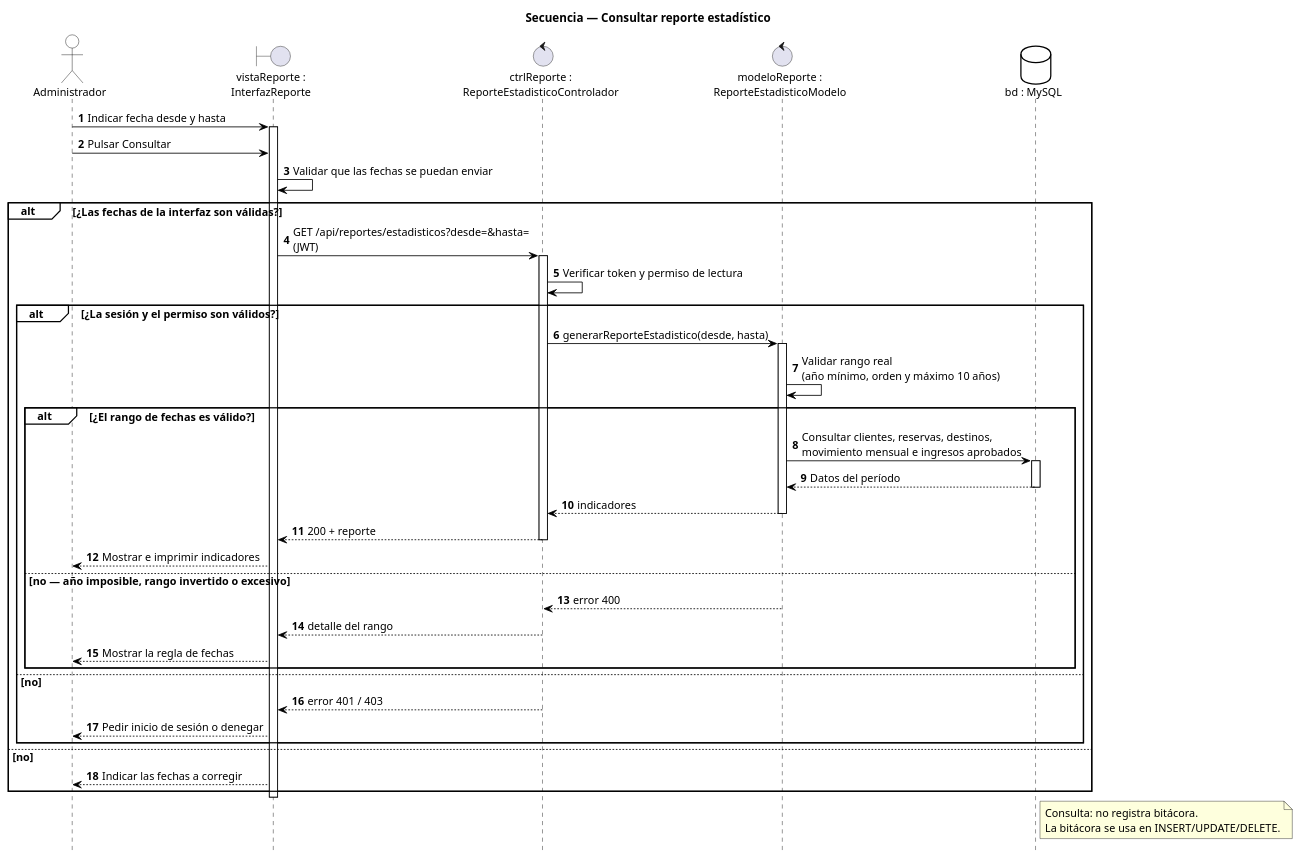
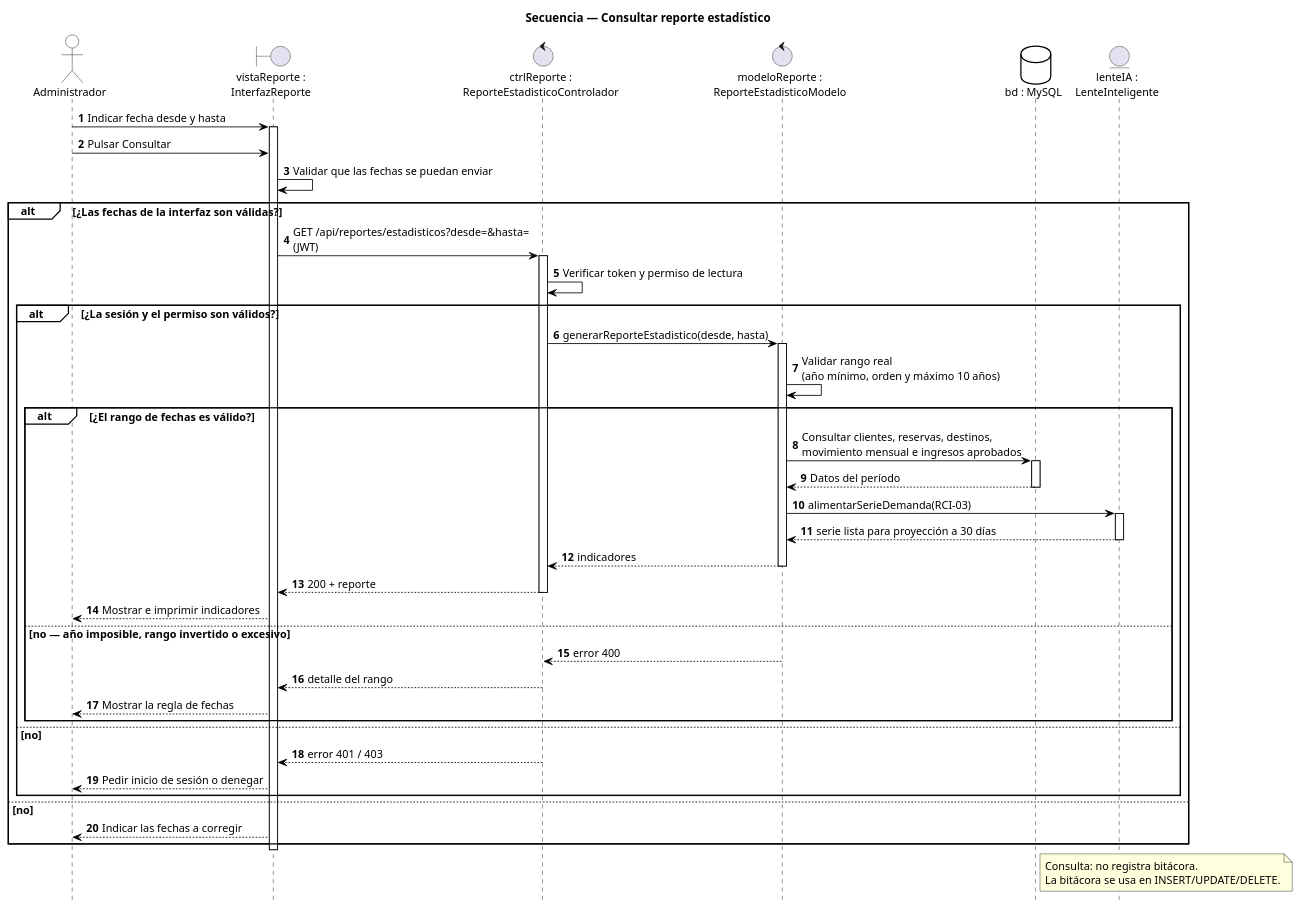
One commit to gioser1107/SIGEL changed the diagram in docs/ENTREGA_DOCUMENTAL/diagramas/puml/secuencia/REPORTE_ESTADISTICO.puml. Above: the diagram before and after it, drawn with PlantUML. The commit also changed 209 other files, not shown here.

```diff
--- a/docs/ENTREGA_DOCUMENTAL/diagramas/puml/secuencia/REPORTE_ESTADISTICO.puml
+++ b/docs/ENTREGA_DOCUMENTAL/diagramas/puml/secuencia/REPORTE_ESTADISTICO.puml
@@ -1,77 +1,83 @@
 @startuml
 title Secuencia — Consultar reporte estadístico
 
 skinparam backgroundColor #FFFFFF
 skinparam shadowing false
 skinparam defaultFontName Helvetica
 skinparam defaultFontSize 13
 skinparam sequence {
   ArrowColor black
   ActorBorderColor black
   ActorBackgroundColor white
   LifeLineBorderColor black
   ParticipantBorderColor black
   ParticipantBackgroundColor white
   GroupBorderColor black
   GroupBackgroundColor white
 }
 skinparam database {
   BackgroundColor white
   BorderColor black
 }
 hide footbox
 autonumber
 
 actor "Administrador" as admin
 boundary "vistaReporte :\nInterfazReporte" as vista
 control "ctrlReporte :\nReporteEstadisticoControlador" as ctrl
 control "modeloReporte :\nReporteEstadisticoModelo" as modelo
 database "bd : MySQL" as bd
+entity "lenteIA :\nLenteInteligente" as lente
 
 admin -> vista : Indicar fecha desde y hasta
 activate vista
 admin -> vista : Pulsar Consultar
 vista -> vista : Validar que las fechas se puedan enviar
 
 alt ¿Las fechas de la interfaz son válidas?
   vista -> ctrl : GET /api/reportes/estadisticos?desde=&hasta=\n(JWT)
   activate ctrl
   ctrl -> ctrl : Verificar token y permiso de lectura
 
   alt ¿La sesión y el permiso son válidos?
     ctrl -> modelo : generarReporteEstadistico(desde, hasta)
     activate modelo
     modelo -> modelo : Validar rango real\n(año mínimo, orden y máximo 10 años)
 
     alt ¿El rango de fechas es válido?
       modelo -> bd : Consultar clientes, reservas, destinos,\nmovimiento mensual e ingresos aprobados
       activate bd
       bd --> modelo : Datos del período
       deactivate bd
+
+      modelo -> lente : alimentarSerieDemanda(RCI-03)
+      activate lente
+      lente --> modelo : serie lista para proyección a 30 días
+      deactivate lente
       modelo --> ctrl : indicadores
       deactivate modelo
       ctrl --> vista : 200 + reporte
       deactivate ctrl
       vista --> admin : Mostrar e imprimir indicadores
     else no — año imposible, rango invertido o excesivo
       modelo --> ctrl : error 400
       deactivate modelo
       ctrl --> vista : detalle del rango
       deactivate ctrl
       vista --> admin : Mostrar la regla de fechas
     end
   else no
     ctrl --> vista : error 401 / 403
     deactivate ctrl
     vista --> admin : Pedir inicio de sesión o denegar
   end
 else no
   vista --> admin : Indicar las fechas a corregir
 end
 
 deactivate vista
 note right of bd
   Consulta: no registra bitácora.
   La bitácora se usa en INSERT/UPDATE/DELETE.
 end note
 @enduml
```
